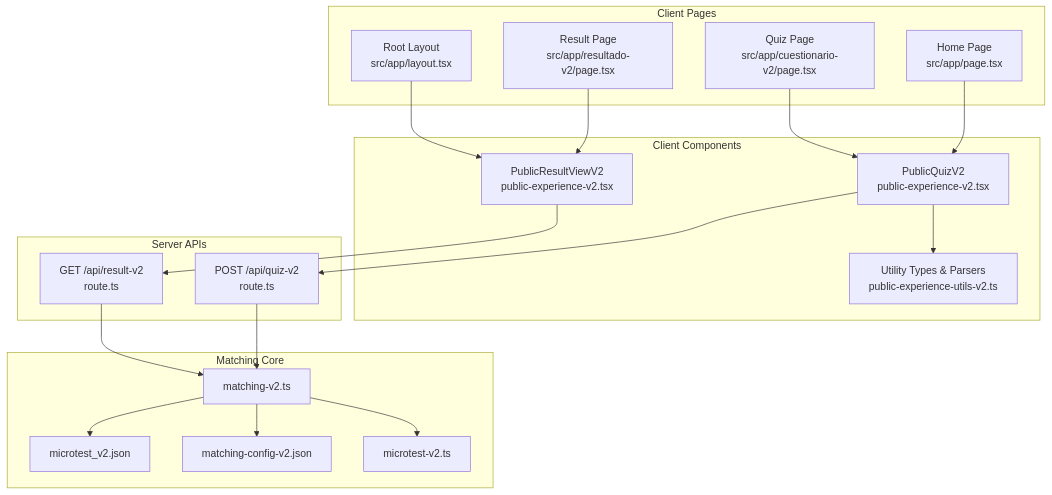
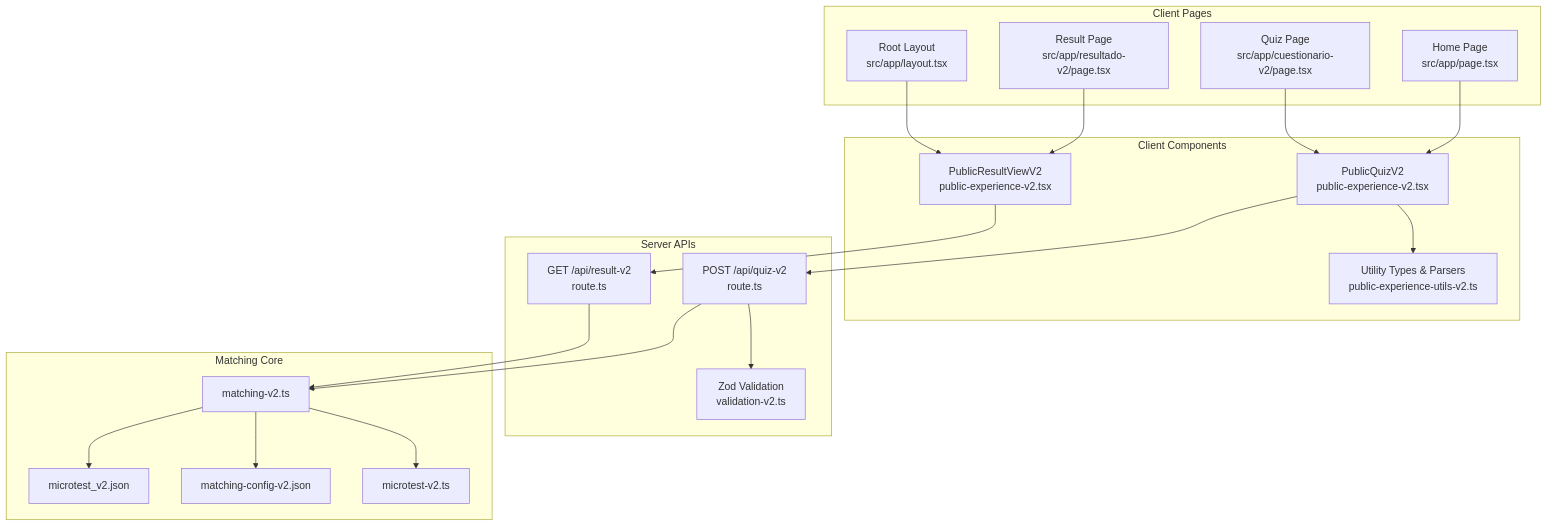
Before and after one commit to AmeliaDi/ProyectoENESZooMatch: the first of 9 diagrams in .qoder/repowiki/en/content/Core Components/Interactive Quiz Interface v2.md, drawn with Mermaid. The commit also changed other lines of this file and 43 other files, not shown here.

````diff
--- a/.qoder/repowiki/en/content/Core Components/Interactive Quiz Interface v2.md
+++ b/.qoder/repowiki/en/content/Core Components/Interactive Quiz Interface v2.md
@@ -50,36 +60,38 @@
 ```mermaid
 graph TB
 subgraph "Client Pages"
 HomePage["Home Page<br/>src/app/page.tsx"]
 QuizPage["Quiz Page<br/>src/app/cuestionario-v2/page.tsx"]
 ResultPage["Result Page<br/>src/app/resultado-v2/page.tsx"]
 RootLayout["Root Layout<br/>src/app/layout.tsx"]
 end
 subgraph "Client Components"
 PublicQuizV2["PublicQuizV2<br/>public-experience-v2.tsx"]
 PublicResultV2["PublicResultViewV2<br/>public-experience-v2.tsx"]
 UtilsV2["Utility Types & Parsers<br/>public-experience-utils-v2.ts"]
 end
 subgraph "Server APIs"
 QuizAPI["POST /api/quiz-v2<br/>route.ts"]
 ResultAPI["GET /api/result-v2<br/>route.ts"]
+Validation["Zod Validation<br/>validation-v2.ts"]
 end
 subgraph "Matching Core"
 MatchingLib["matching-v2.ts"]
 MicrotestJSON["microtest_v2.json"]
 ConfigJSON["matching-config-v2.json"]
 Types["microtest-v2.ts"]
 end
 HomePage --> PublicQuizV2
 QuizPage --> PublicQuizV2
 ResultPage --> PublicResultV2
 RootLayout --> PublicResultV2
 PublicQuizV2 --> QuizAPI
 PublicResultV2 --> ResultAPI
+QuizAPI --> Validation
 QuizAPI --> MatchingLib
 ResultAPI --> MatchingLib
 MatchingLib --> MicrotestJSON
 MatchingLib --> ConfigJSON
 MatchingLib --> Types
 PublicQuizV2 --> UtilsV2
 ```
````
